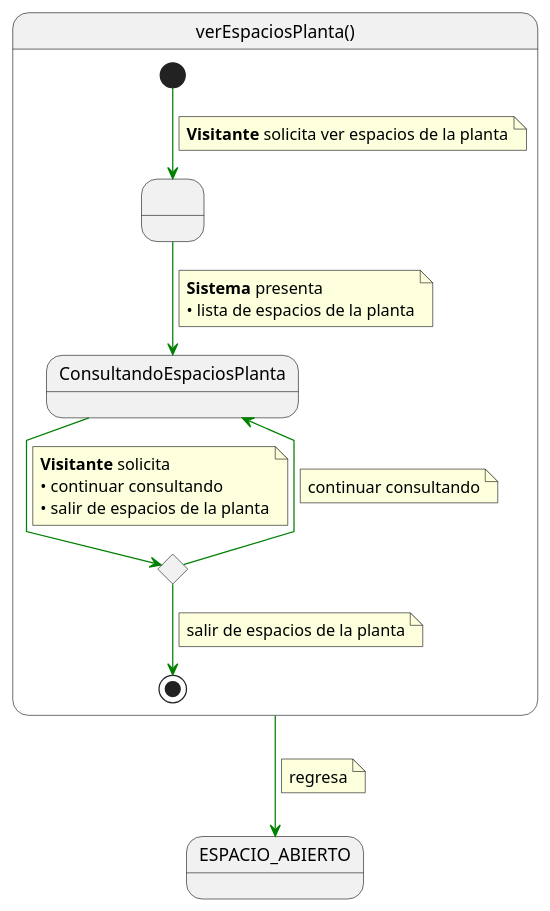
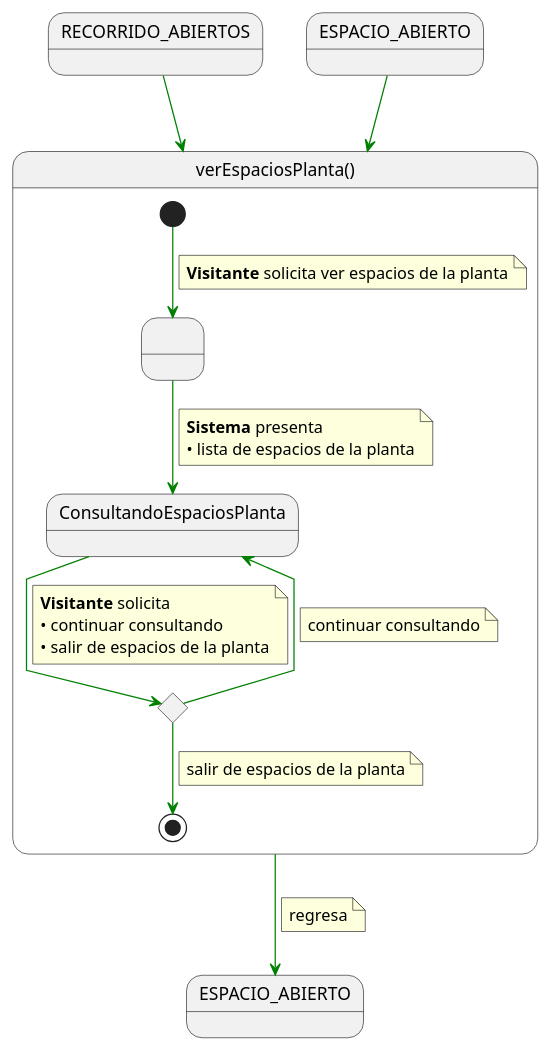
Before and after one commit to Camila-Lesly/25-26-idsw1-sdr: the diagram in documentos/01-casoDeUso/3-DetallarCasosDeUso/1-Visitante/verEspaciosPlanta/verEspaciosPlanta.puml, drawn with PlantUML. The commit also changed 22 other files, not shown here.

```diff
--- a/documentos/01-casoDeUso/3-DetallarCasosDeUso/1-Visitante/verEspaciosPlanta/verEspaciosPlanta.puml
+++ b/documentos/01-casoDeUso/3-DetallarCasosDeUso/1-Visitante/verEspaciosPlanta/verEspaciosPlanta.puml
@@ -1,42 +1,47 @@
 @startuml
 skinparam linetype polyline
+
+state in1 as "RECORRIDO_ABIERTOS"
+in1 -[#green]-> verEspaciosPlanta
+state in2 as "ESPACIO_ABIERTO"
+in2 -[#green]-> verEspaciosPlanta
 
 state verEspaciosPlanta as "verEspaciosPlanta()" {
     state " " as SolicitandoEspaciosPlanta
     state ConsultandoEspaciosPlanta
     state c <<choice>>
 
     [*] -[#green]-> SolicitandoEspaciosPlanta 
     note on link
     <b>Visitante</b> solicita ver espacios de la planta
     end note    
     
     SolicitandoEspaciosPlanta -[#green]-> ConsultandoEspaciosPlanta
     note on link
     <b>Sistema</b> presenta
     • lista de espacios de la planta
     end note
     
     ConsultandoEspaciosPlanta -[#green]-> c
     note on link
     <b>Visitante</b> solicita
     • continuar consultando
     • salir de espacios de la planta
     end note
     
     c -[#green]-> ConsultandoEspaciosPlanta
     note on link
     continuar consultando
     end note
 
     c -[#green]-> [*]
     note on link
     salir de espacios de la planta
     end note
 }
 
 verEspaciosPlanta -[#green]-> ESPACIO_ABIERTO
 note on link
 regresa
 end note
 @enduml
```
